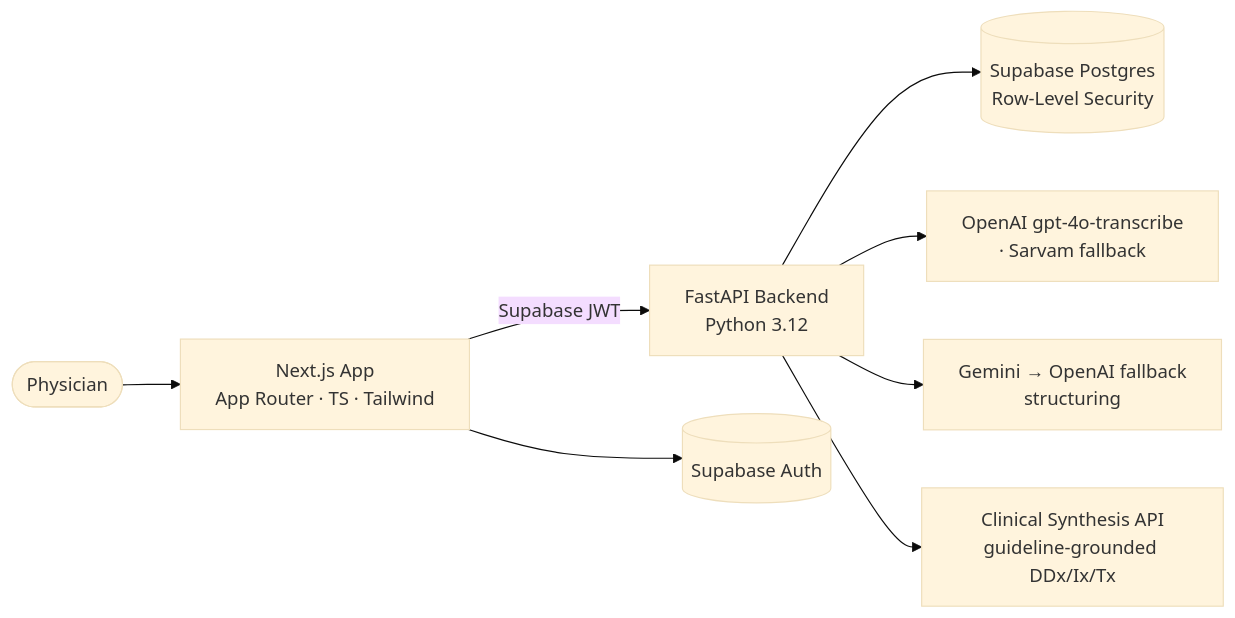
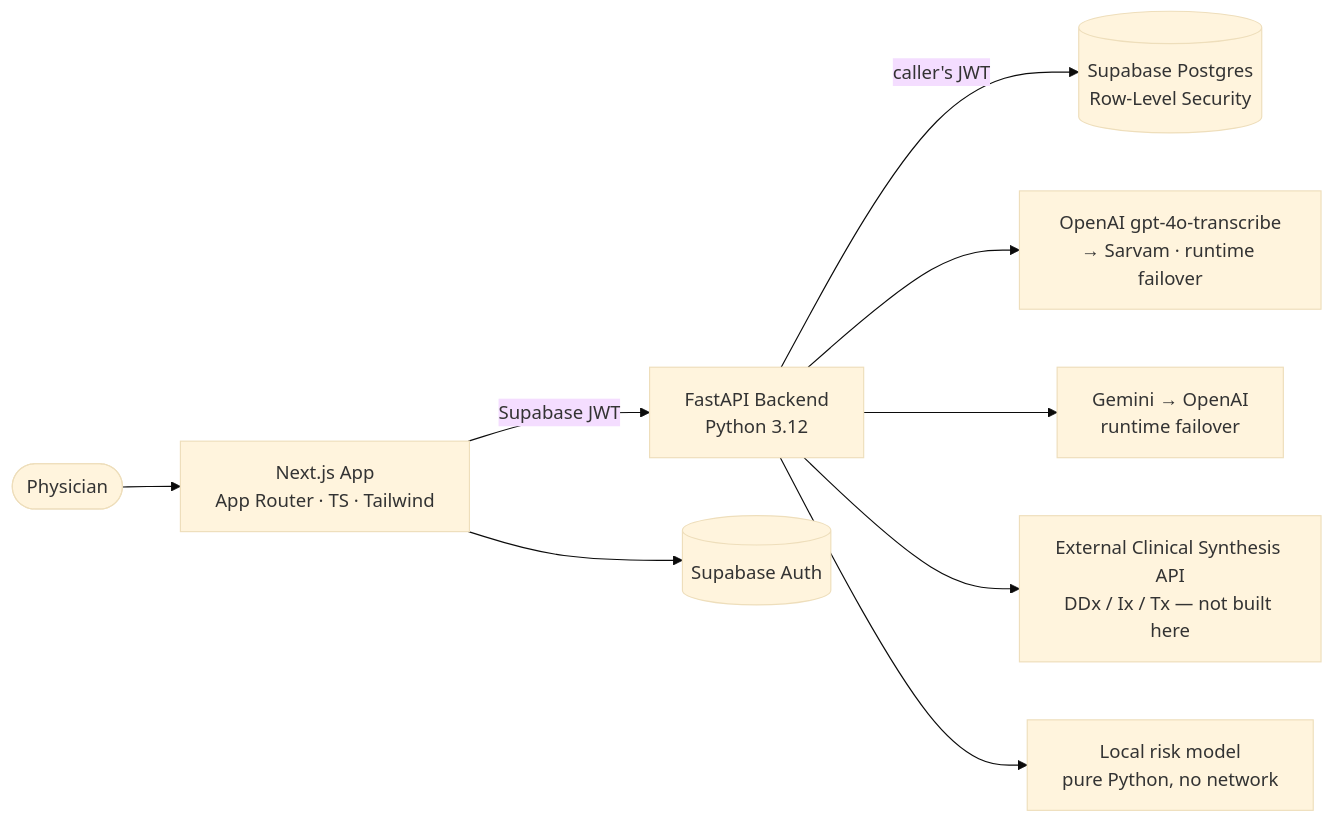
One commit to zayedongit/clinical-memory-ai changed the diagram in README.md. Above: the diagram before and after it, drawn with Mermaid (base theme). The commit also changed other lines of this file and 103 other files, not shown here.

````diff
--- a/README.md
+++ b/README.md
@@ -60,10 +64,11 @@
 ```mermaid
 flowchart LR
   Dr([Physician]) --> FE[Next.js App<br/>App Router · TS · Tailwind]
   FE -->|Supabase JWT| BE[FastAPI Backend<br/>Python 3.12]
   FE --> AUTH[(Supabase Auth)]
-  BE --> DB[(Supabase Postgres<br/>Row-Level Security)]
-  BE --> STT[OpenAI gpt-4o-transcribe<br/>· Sarvam fallback]
-  BE --> LLM[Gemini → OpenAI fallback<br/>structuring]
-  BE --> SYN[Clinical Synthesis API<br/>guideline-grounded DDx/Ix/Tx]
+  BE -->|caller's JWT| DB[(Supabase Postgres<br/>Row-Level Security)]
+  BE --> STT[OpenAI gpt-4o-transcribe<br/>→ Sarvam · runtime failover]
+  BE --> LLM[Gemini → OpenAI<br/>runtime failover]
+  BE --> SYN[External Clinical Synthesis API<br/>DDx / Ix / Tx — not built here]
+  BE --> ML[Local risk model<br/>pure Python, no network]
 ```
````
